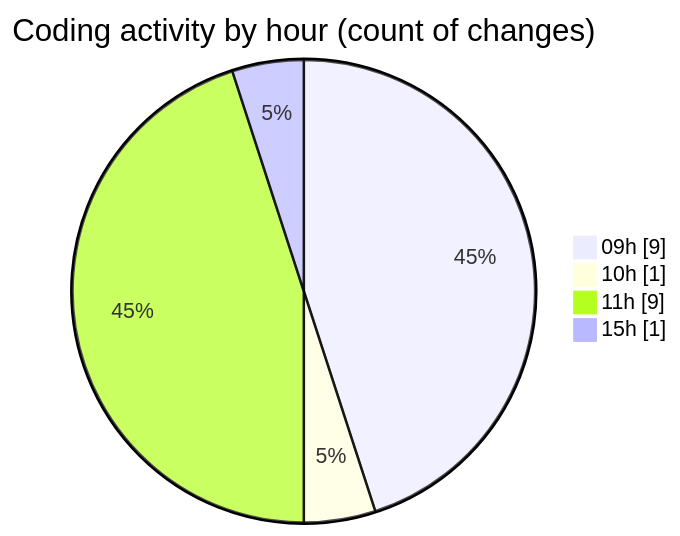
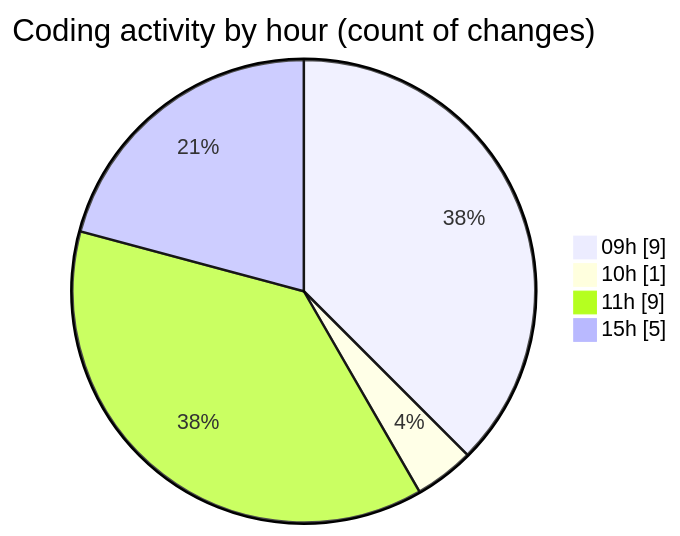
Before and after one commit to ricardozamudiocil/code-tracking: the second of 2 diagrams in 2026-04-16/cilapp/README.md, drawn with Mermaid. The commit also changed other lines of this file and 1 other file, not shown here.

````diff
--- a/2026-04-16/cilapp/README.md
+++ b/2026-04-16/cilapp/README.md
@@ -39,8 +40,8 @@
 ```mermaid
 pie showData
 title Coding activity by hour (count of changes)
 "09h" : 9
 "10h" : 1
 "11h" : 9
-"15h" : 1
+"15h" : 5
 ```
````
